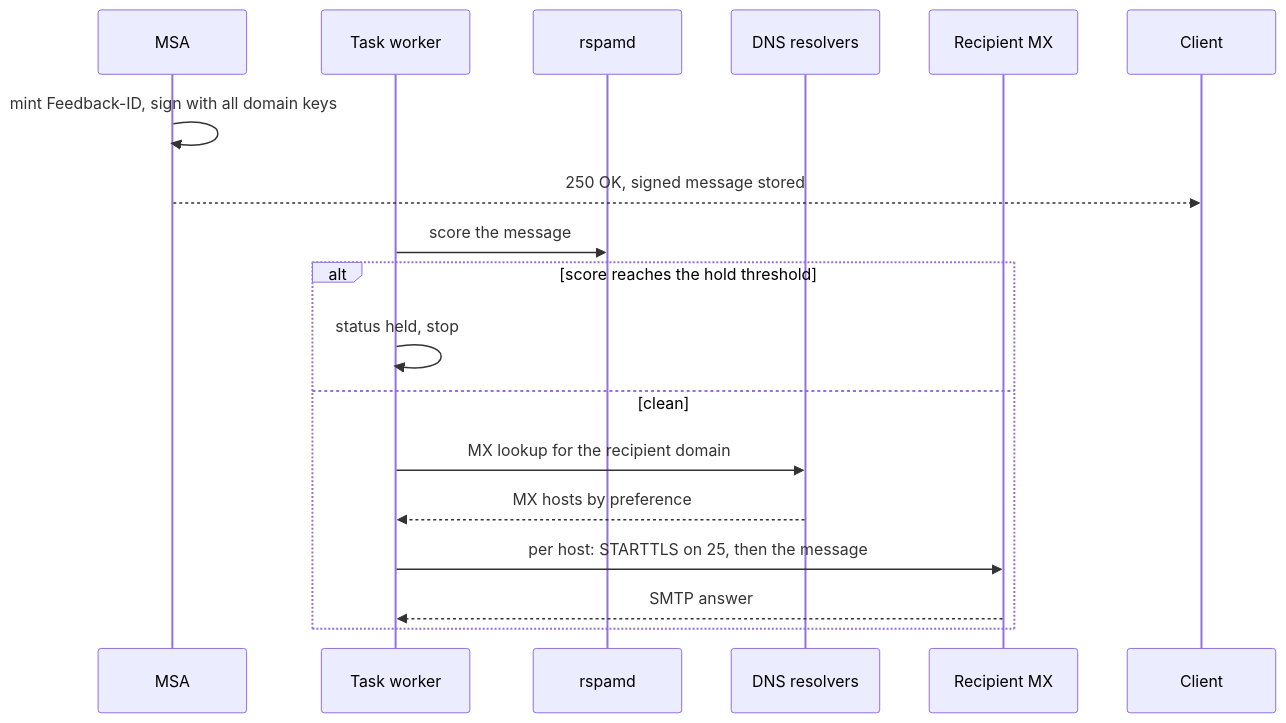
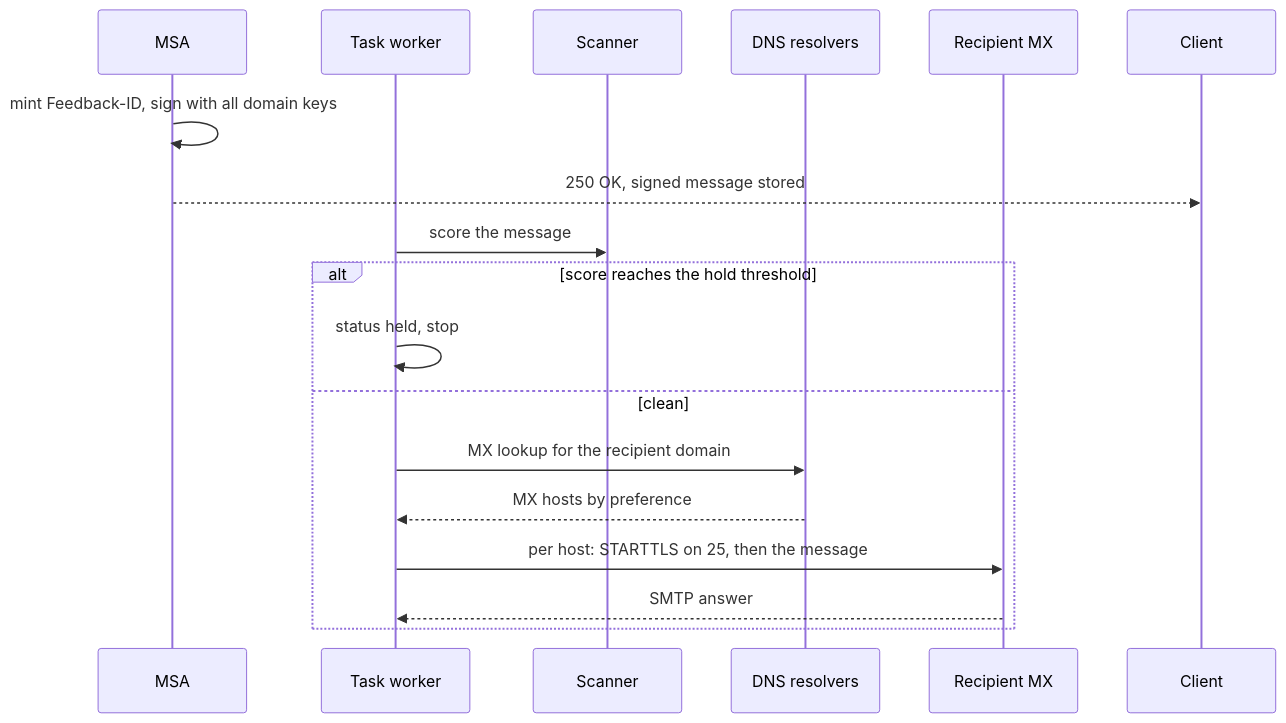
One commit to codingjoe/relay changed the second of 2 diagrams in docs/docs/sending.md. Above: the diagram before and after it, drawn with Mermaid. The commit also changed other lines of this file and 6 other files, not shown here.

````diff
--- a/docs/docs/sending.md
+++ b/docs/docs/sending.md
@@ -80,20 +80,20 @@
 ```mermaid
 sequenceDiagram
     participant MSA as MSA
     participant Queue as Task worker
-    participant Scan as rspamd
+    participant Scan as Scanner
     participant DNS as DNS resolvers
     participant Remote as Recipient MX
 
     MSA->>MSA: mint Feedback-ID, sign with all domain keys
     MSA-->>Client: 250 OK, signed message stored
     Queue->>Scan: score the message
     alt score reaches the hold threshold
         Queue->>Queue: status held, stop
     else clean
         Queue->>DNS: MX lookup for the recipient domain
         DNS-->>Queue: MX hosts by preference
         Queue->>Remote: per host: STARTTLS on 25, then the message
         Remote-->>Queue: SMTP answer
     end
 ```
````
